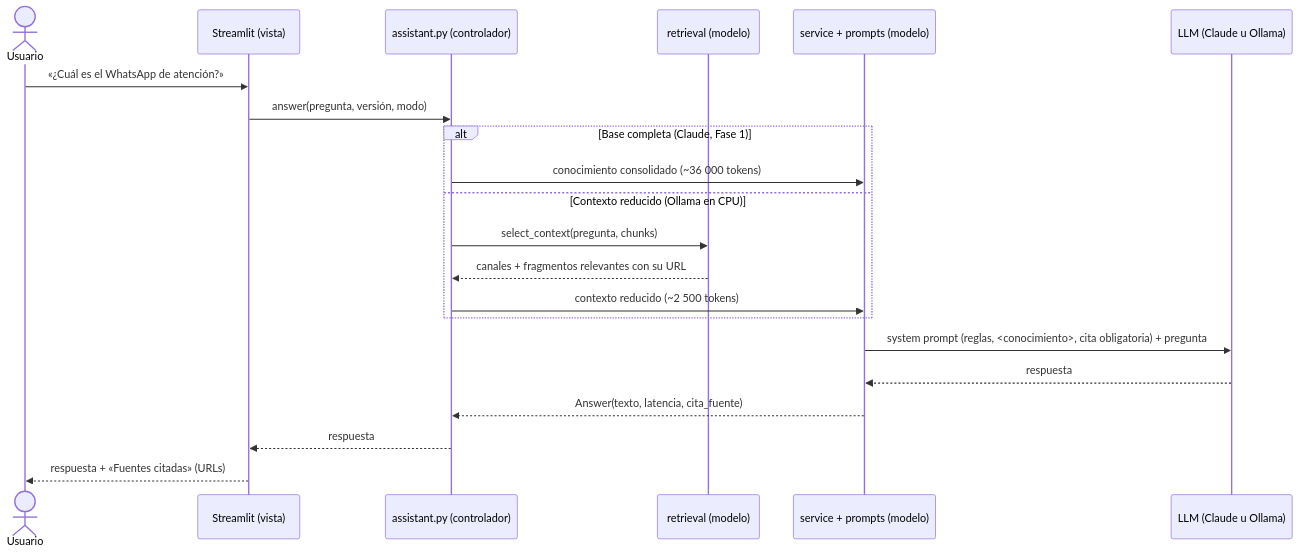
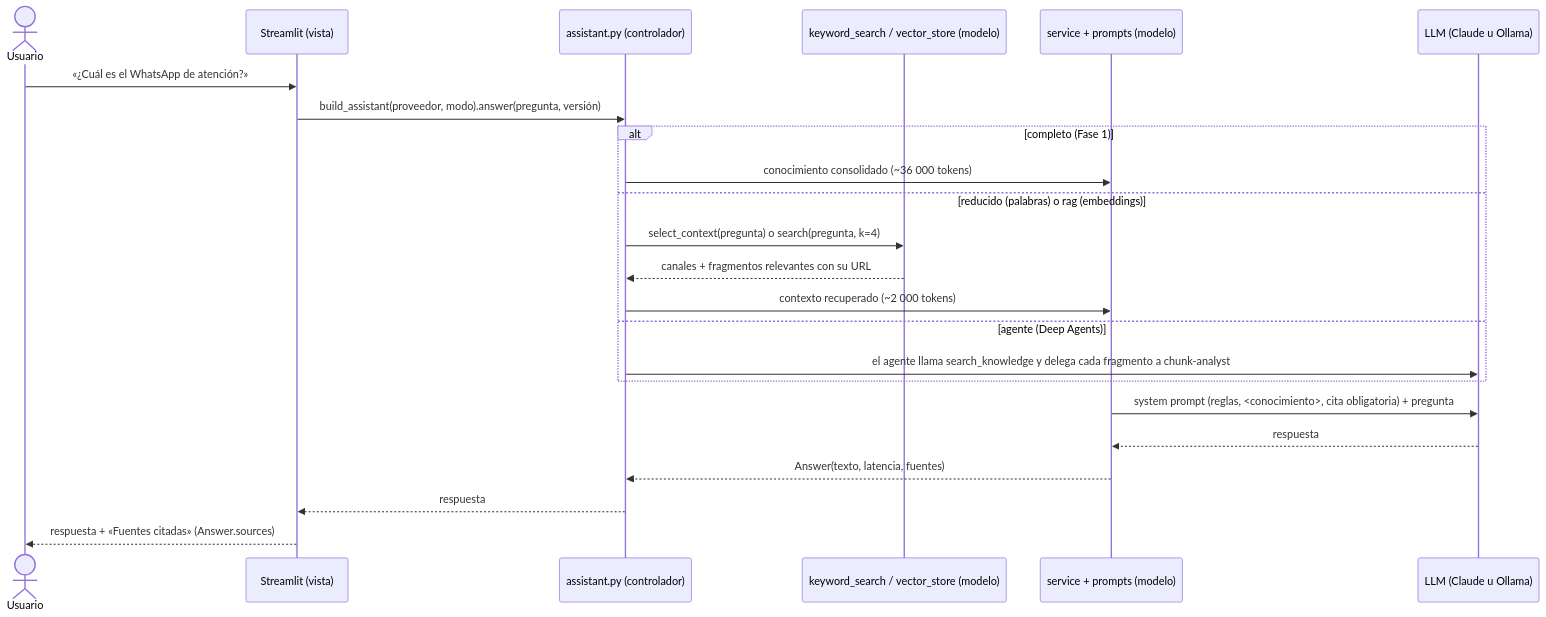
Before and after one commit to anakmedina08/advanced-ai-lab: the second of 2 diagrams in README.md, drawn with Mermaid. The commit also changed other lines of this file and 34 other files, not shown here.

First line of the commit message:
feat: agregar Fase 2 con RAG (Ollama + Qdrant) y agente Deep Agents

````diff
--- a/README.md
+++ b/README.md
@@ -100,23 +102,25 @@
 ```mermaid
 sequenceDiagram
     actor U as Usuario
     participant UI as Streamlit (vista)
     participant A as assistant.py (controlador)
-    participant R as retrieval (modelo)
+    participant R as keyword_search / vector_store (modelo)
     participant S as service + prompts (modelo)
     participant L as LLM (Claude u Ollama)
     U->>UI: «¿Cuál es el WhatsApp de atención?»
-    UI->>A: answer(pregunta, versión, modo)
-    alt Base completa (Claude, Fase 1)
+    UI->>A: build_assistant(proveedor, modo).answer(pregunta, versión)
+    alt completo (Fase 1)
         A->>S: conocimiento consolidado (~36 000 tokens)
-    else Contexto reducido (Ollama en CPU)
-        A->>R: select_context(pregunta, chunks)
+    else reducido (palabras) o rag (embeddings)
+        A->>R: select_context(pregunta) o search(pregunta, k=4)
         R-->>A: canales + fragmentos relevantes con su URL
-        A->>S: contexto reducido (~2 500 tokens)
+        A->>S: contexto recuperado (~2 000 tokens)
+    else agente (Deep Agents)
+        A->>L: el agente llama search_knowledge y delega cada fragmento a chunk-analyst
     end
     S->>L: system prompt (reglas, <conocimiento>, cita obligatoria) + pregunta
     L-->>S: respuesta
-    S-->>A: Answer(texto, latencia, cita_fuente)
+    S-->>A: Answer(texto, latencia, fuentes)
     A-->>UI: respuesta
-    UI-->>U: respuesta + «Fuentes citadas» (URLs)
+    UI-->>U: respuesta + «Fuentes citadas» (Answer.sources)
 ```
````
